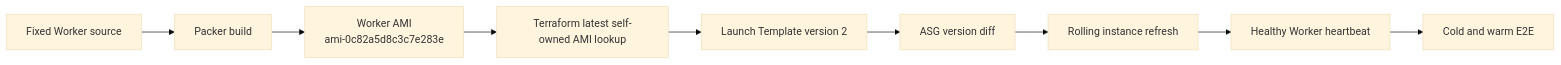
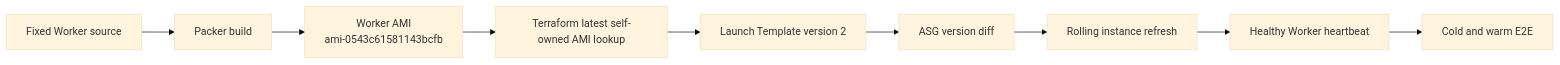
One commit to sangmu1126/FaaS-Platform changed the fourth of 7 diagrams in DEPLOYMENT_IMPLEMENTATION_REPORT.md. Above: the diagram before and after it, drawn with Mermaid (base theme). The commit also changed other lines of this file and 1 other file, not shown here.

````diff
--- a/DEPLOYMENT_IMPLEMENTATION_REPORT.md
+++ b/DEPLOYMENT_IMPLEMENTATION_REPORT.md
@@ -263,11 +264,11 @@
 ```mermaid
 flowchart LR
     Code[Fixed Worker source] --> Packer[Packer build]
-    Packer --> AMI["Worker AMI\nami-0c82a5d8c3c7e283e"]
+    Packer --> AMI["Worker AMI\nami-0543c61581143bcfb"]
     AMI --> Data[Terraform latest self-owned AMI lookup]
     Data --> LT[Launch Template version 2]
     LT --> ASG[ASG version diff]
     ASG --> Roll[Rolling instance refresh]
     Roll --> Heartbeat[Healthy Worker heartbeat]
     Heartbeat --> E2E[Cold and warm E2E]
 ```
````
